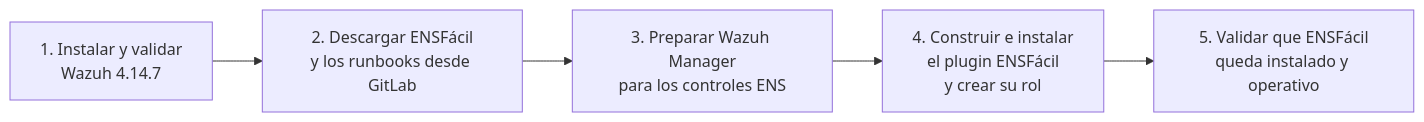
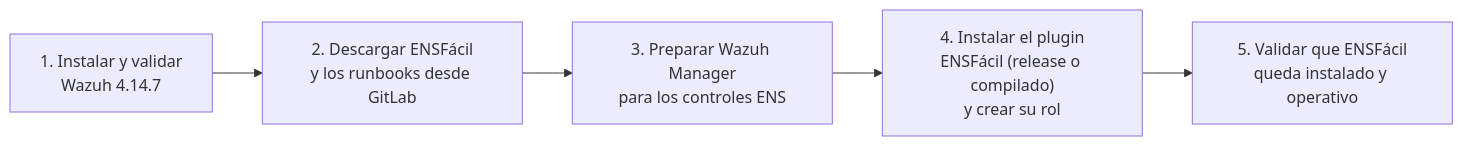
The diagram in docs/deployment/01-installation-from-scratch.md (arseniteio/power-ens), drawn with Mermaid before and after one commit. The commit also changed other lines of this file and 9 other files, not shown here.

````diff
--- a/docs/deployment/01-installation-from-scratch.md
+++ b/docs/deployment/01-installation-from-scratch.md
@@ -78,7 +78,7 @@
 ```mermaid
 flowchart LR
   A["1. Instalar y validar<br/>Wazuh 4.14.7"] --> B["2. Descargar ENSFácil<br/>y los runbooks desde GitLab"]
   B --> C["3. Preparar Wazuh Manager<br/>para los controles ENS"]
-  C --> D["4. Construir e instalar<br/>el plugin ENSFácil<br/>y crear su rol"]
+  C --> D["4. Instalar el plugin<br/>ENSFácil (release o compilado)<br/>y crear su rol"]
   D --> E["5. Validar que ENSFácil<br/>queda instalado y operativo"]
 ```
````
